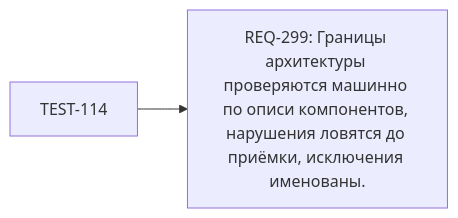
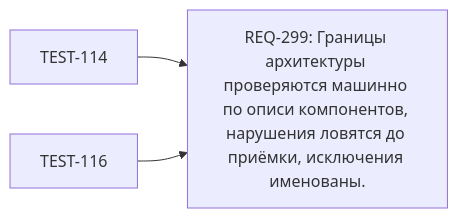
One commit to VanUST/dsh-vanust changed the diagram in state/views/map/REQ-299.mmd. Above: the diagram before and after it, drawn with Mermaid. The commit also changed 54 other files, not shown here.

```diff
--- a/state/views/map/REQ-299.mmd
+++ b/state/views/map/REQ-299.mmd
@@ -1,4 +1,5 @@
 %% GENERATED — DO NOT EDIT. REQ REQ-299
 graph LR
   REQ_299["REQ-299: Границы архитектуры проверяются машинно по описи компонентов, нарушения ловятся до приёмки, исключения именованы."]
   TEST_114["TEST-114"] --> REQ_299
+  TEST_116["TEST-116"] --> REQ_299
```
